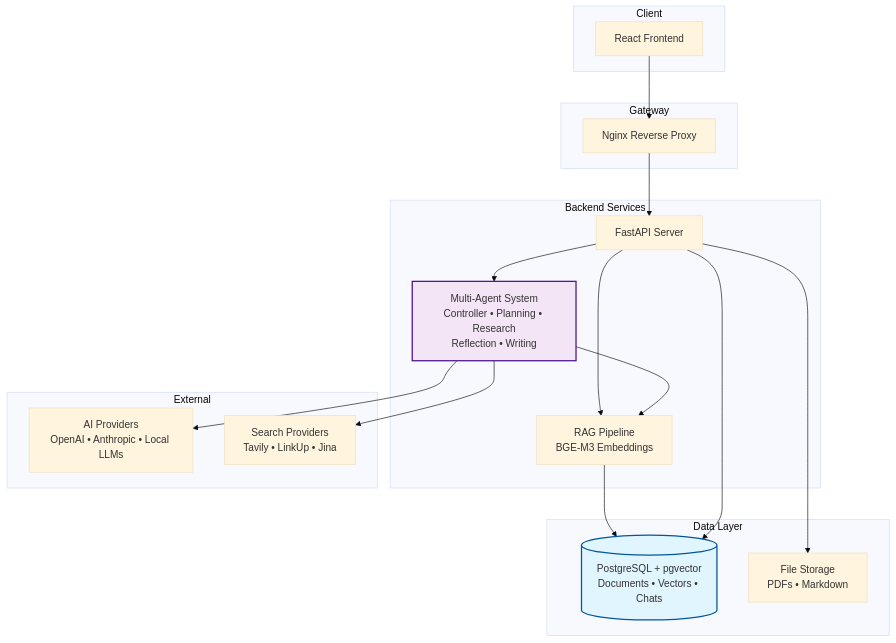
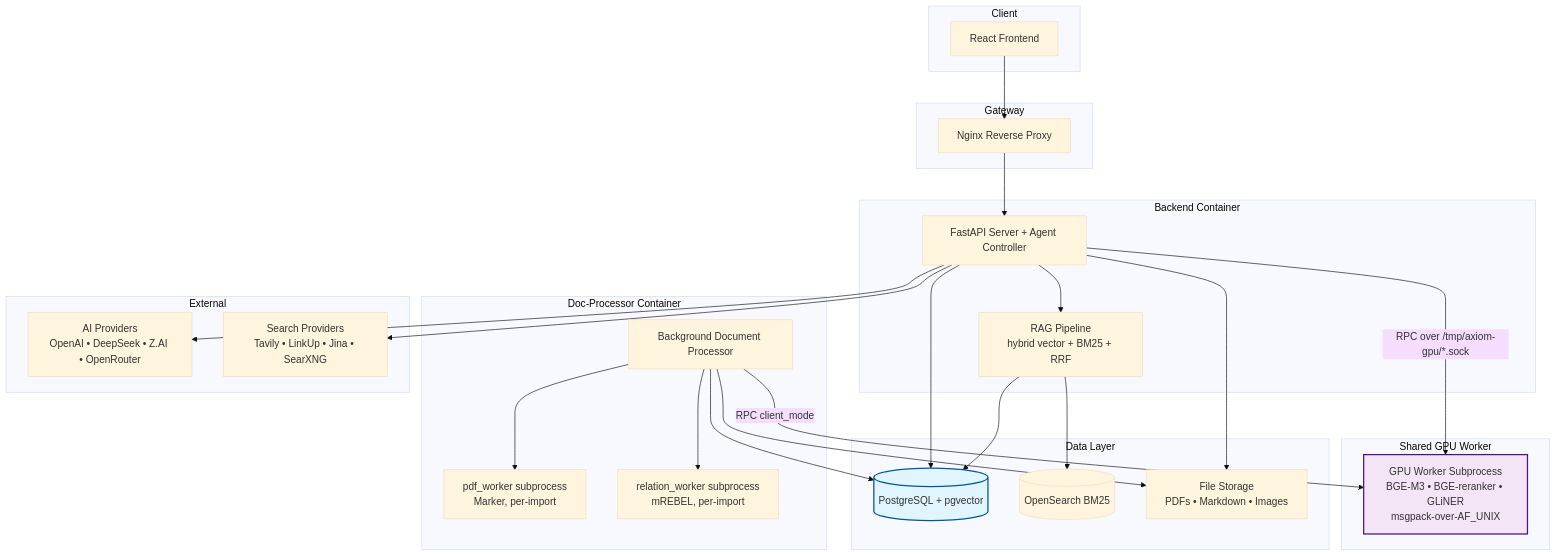
Before and after one commit to Cyb3rDudu/axiom: the diagram in docs/index.md, drawn with Mermaid (base theme). The commit also changed other lines of this file and 1 other file, not shown here.

Commit message:
docs(readme): reflect GPU worker production deploy and updated architecture
- Update README "Latest Development" to highlight GPU worker subprocess now in production (April 2026)
- Replace obsolete roadmap bullets (VRAM leak fix, cross-container GPU coordination) now that the GPU worker ships
- Refresh docs/index.md Latest Updates with GPU worker and per-model DEVICE_* config
- Replace home-page Mermaid diagram with the real three-container + shared GPU worker layout

````diff
--- a/docs/index.md
+++ b/docs/index.md
@@ -172,40 +172,55 @@
 ```mermaid
 graph TB
     subgraph "Client"
         A[React Frontend]
     end
-    
+
     subgraph "Gateway"
         B[Nginx Reverse Proxy]
     end
-    
-    subgraph "Backend Services"
-        C[FastAPI Server]
-        D[Multi-Agent System<br/>Controller • Planning • Research<br/>Reflection • Writing]
-        E[RAG Pipeline<br/>BGE-M3 Embeddings]
+
+    subgraph "Backend Container"
+        C[FastAPI Server + Agent Controller]
+        E[RAG Pipeline<br/>hybrid vector + BM25 + RRF]
     end
-    
+
+    subgraph "Doc-Processor Container"
+        DP[Background Document Processor]
+        PW[pdf_worker subprocess<br/>Marker, per-import]
+        RW[relation_worker subprocess<br/>mREBEL, per-import]
+    end
+
+    subgraph "Shared GPU Worker"
+        GW[GPU Worker Subprocess<br/>BGE-M3 • BGE-reranker • GLiNER<br/>msgpack-over-AF_UNIX]
+    end
+
     subgraph "Data Layer"
-        F[(PostgreSQL + pgvector<br/>Documents • Vectors • Chats)]
-        G[File Storage<br/>PDFs • Markdown]
+        F[(PostgreSQL + pgvector)]
+        OS[(OpenSearch BM25)]
+        G[File Storage<br/>PDFs • Markdown • Images]
     end
-    
+
     subgraph "External"
-        H[AI Providers<br/>OpenAI • Anthropic • Local LLMs]
-        I[Search Providers<br/>Tavily • LinkUp • Jina]
+        H[AI Providers<br/>OpenAI • DeepSeek • Z.AI • OpenRouter]
+        I[Search Providers<br/>Tavily • LinkUp • Jina • SearXNG]
     end
-    
+
     A --> B
     B --> C
-    C --> D
     C --> E
-    D --> E
+    C -- RPC over /tmp/axiom-gpu/*.sock --> GW
+    DP -- RPC client_mode --> GW
+    DP --> PW
+    DP --> RW
     E --> F
+    E --> OS
     C --> F
     C --> G
-    D --> H
-    D --> I
-    
+    DP --> F
+    DP --> G
+    C --> H
+    C --> I
+
     style F fill:#e1f5fe,stroke:#01579b,stroke-width:2px
-    style D fill:#f3e5f5,stroke:#4a148c,stroke-width:2px
+    style GW fill:#f3e5f5,stroke:#4a148c,stroke-width:2px
 ```
````
